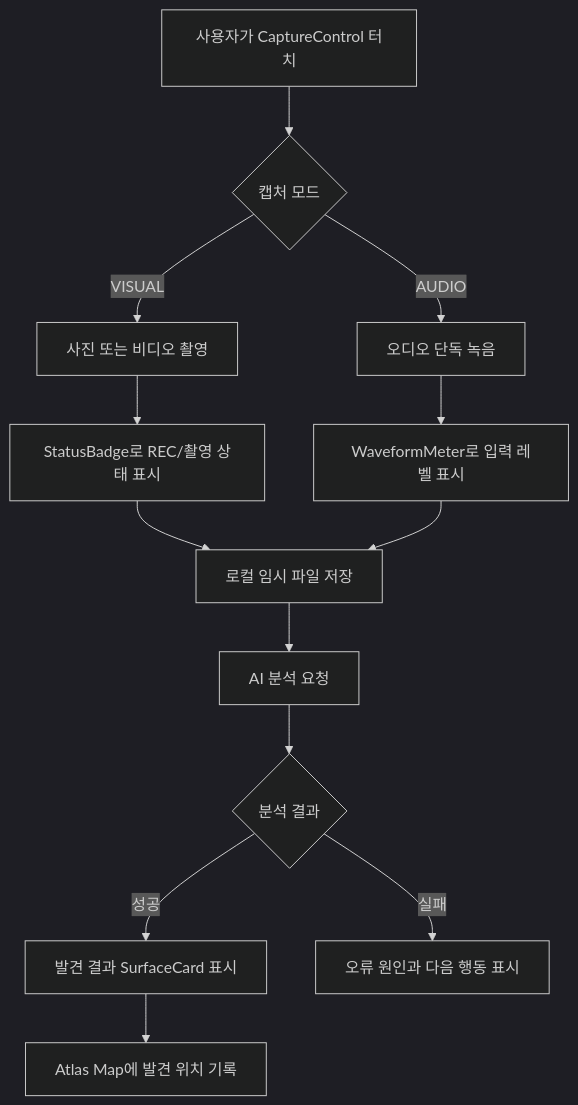
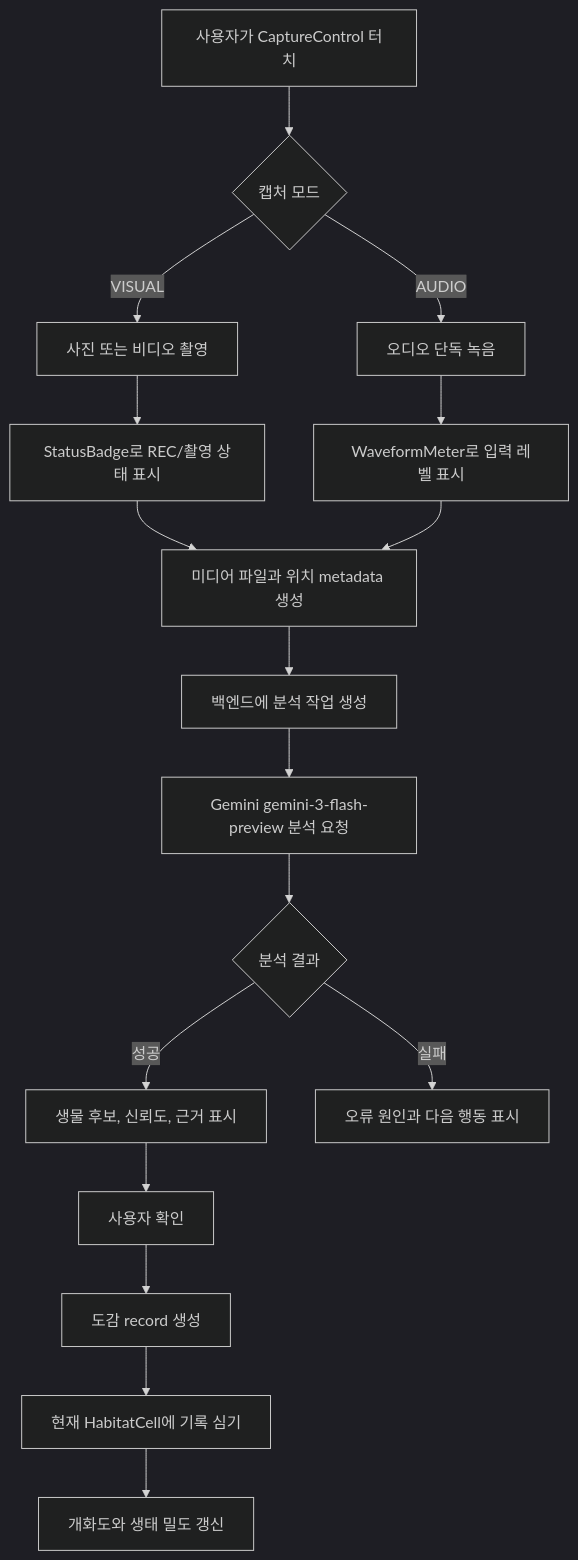
One commit to sanghoon3203/nurmor changed the first of 3 diagrams in docs/workflow.md. Above: the diagram before and after it, drawn with Mermaid (dark theme). The commit also changed other lines of this file and 10 other files, not shown here.

Commit message:
docs: document atlas roadmap and frontend todo

````diff
--- a/docs/workflow.md
+++ b/docs/workflow.md
@@ -7,18 +7,22 @@
 ```mermaid
 graph TD
     A[사용자가 CaptureControl 터치] --> B{캡처 모드}
     B -- VISUAL --> C1[사진 또는 비디오 촬영]
     B -- AUDIO --> C2[오디오 단독 녹음]
 
     C1 --> D1[StatusBadge로 REC/촬영 상태 표시]
     C2 --> D2[WaveformMeter로 입력 레벨 표시]
 
-    D1 --> E[로컬 임시 파일 저장]
+    D1 --> E[미디어 파일과 위치 metadata 생성]
     D2 --> E
-    E --> F[AI 분석 요청]
-    F --> G{분석 결과}
+    E --> F[백엔드에 분석 작업 생성]
+    F --> G[Gemini gemini-3-flash-preview 분석 요청]
+    G --> H{분석 결과}
 
-    G -- 성공 --> H[발견 결과 SurfaceCard 표시]
-    G -- 실패 --> I[오류 원인과 다음 행동 표시]
-    H --> J[Atlas Map에 발견 위치 기록]
+    H -- 성공 --> I[생물 후보, 신뢰도, 근거 표시]
+    H -- 실패 --> J[오류 원인과 다음 행동 표시]
+    I --> K[사용자 확인]
+    K --> L[도감 record 생성]
+    L --> M[현재 HabitatCell에 기록 심기]
+    M --> N[개화도와 생태 밀도 갱신]
 ```
````
